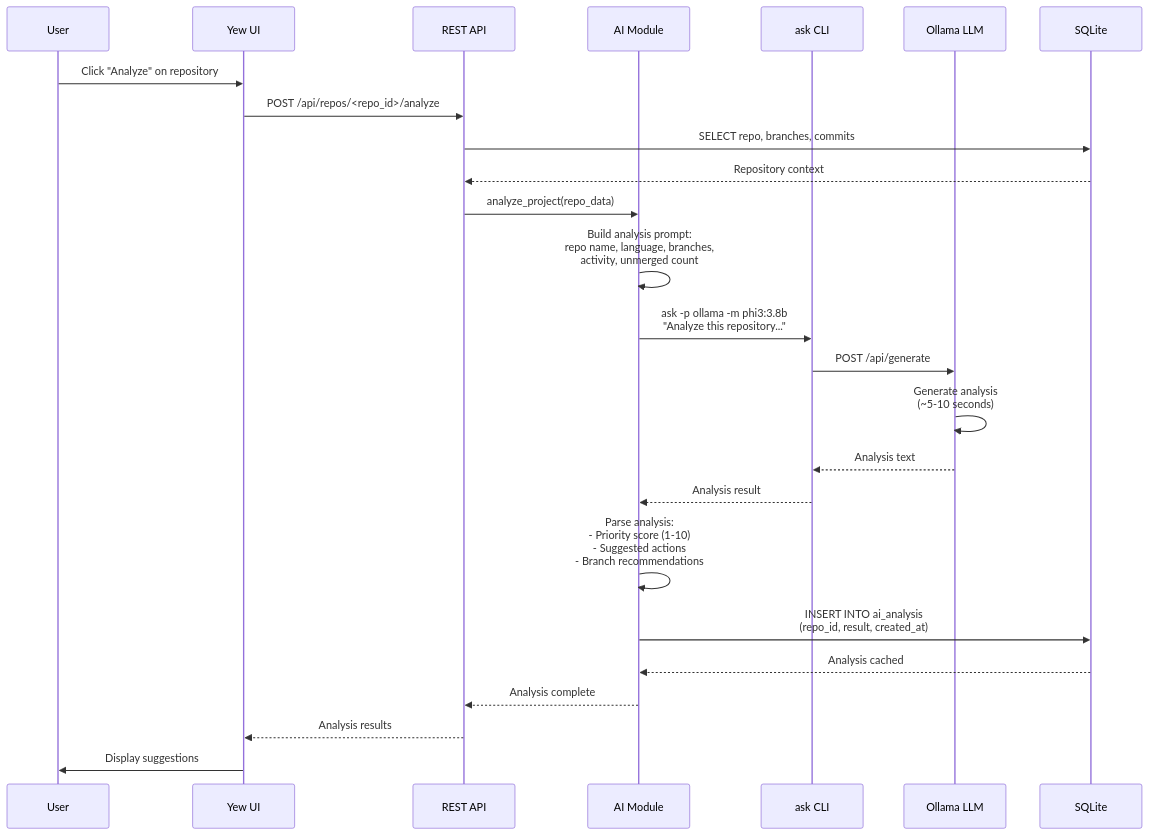
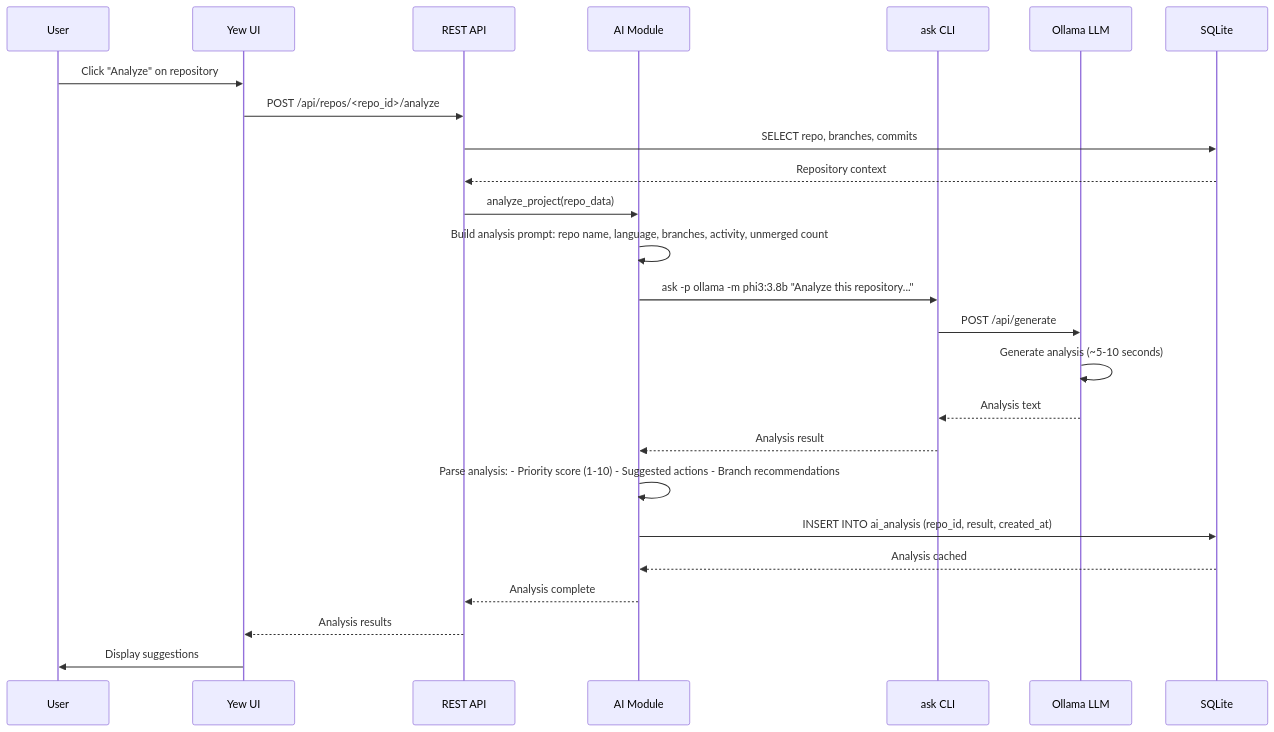
The eighth of 12 diagrams in wiki/Data-Flow.md (softwarewrighter/overall), drawn with Mermaid before and after one commit. The commit also changed other lines of this file and 4 other files, not shown here.

First line of the commit message:
Fix wiki Mermaid diagrams: remove <br/> tags

````diff
--- a/wiki/Data-Flow.md
+++ b/wiki/Data-Flow.md
@@ -370,34 +370,34 @@
 ```mermaid
 sequenceDiagram
     participant User
     participant UI as Yew UI
     participant API as REST API
     participant AI as AI Module
     participant Ask as ask CLI
     participant Ollama as Ollama LLM
     participant DB as SQLite
 
     User->>UI: Click "Analyze" on repository
     UI->>API: POST /api/repos/<repo_id>/analyze
 
     API->>DB: SELECT repo, branches, commits
     DB-->>API: Repository context
 
     API->>AI: analyze_project(repo_data)
-    AI->>AI: Build analysis prompt:<br/>repo name, language, branches,<br/>activity, unmerged count
+    AI->>AI: Build analysis prompt: repo name, language, branches, activity, unmerged count
 
-    AI->>Ask: ask -p ollama -m phi3:3.8b<br/>"Analyze this repository..."
+    AI->>Ask: ask -p ollama -m phi3:3.8b "Analyze this repository..."
     Ask->>Ollama: POST /api/generate
-    Ollama->>Ollama: Generate analysis<br/>(~5-10 seconds)
+    Ollama->>Ollama: Generate analysis (~5-10 seconds)
     Ollama-->>Ask: Analysis text
     Ask-->>AI: Analysis result
 
-    AI->>AI: Parse analysis:<br/>- Priority score (1-10)<br/>- Suggested actions<br/>- Branch recommendations
+    AI->>AI: Parse analysis: - Priority score (1-10) - Suggested actions - Branch recommendations
 
-    AI->>DB: INSERT INTO ai_analysis<br/>(repo_id, result, created_at)
+    AI->>DB: INSERT INTO ai_analysis (repo_id, result, created_at)
     DB-->>AI: Analysis cached
 
     AI-->>API: Analysis complete
     API-->>UI: Analysis results
     UI->>User: Display suggestions
 ```
````
